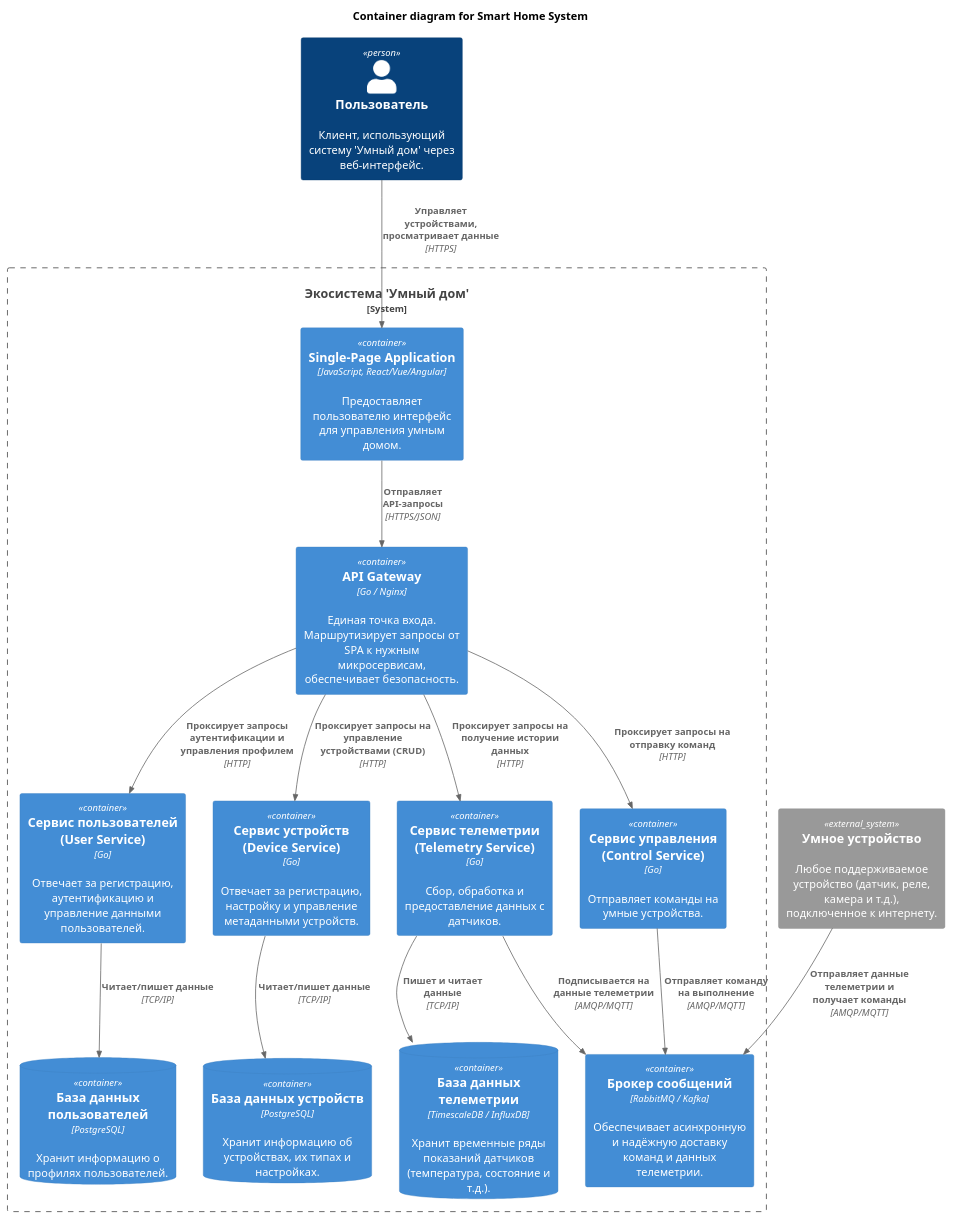
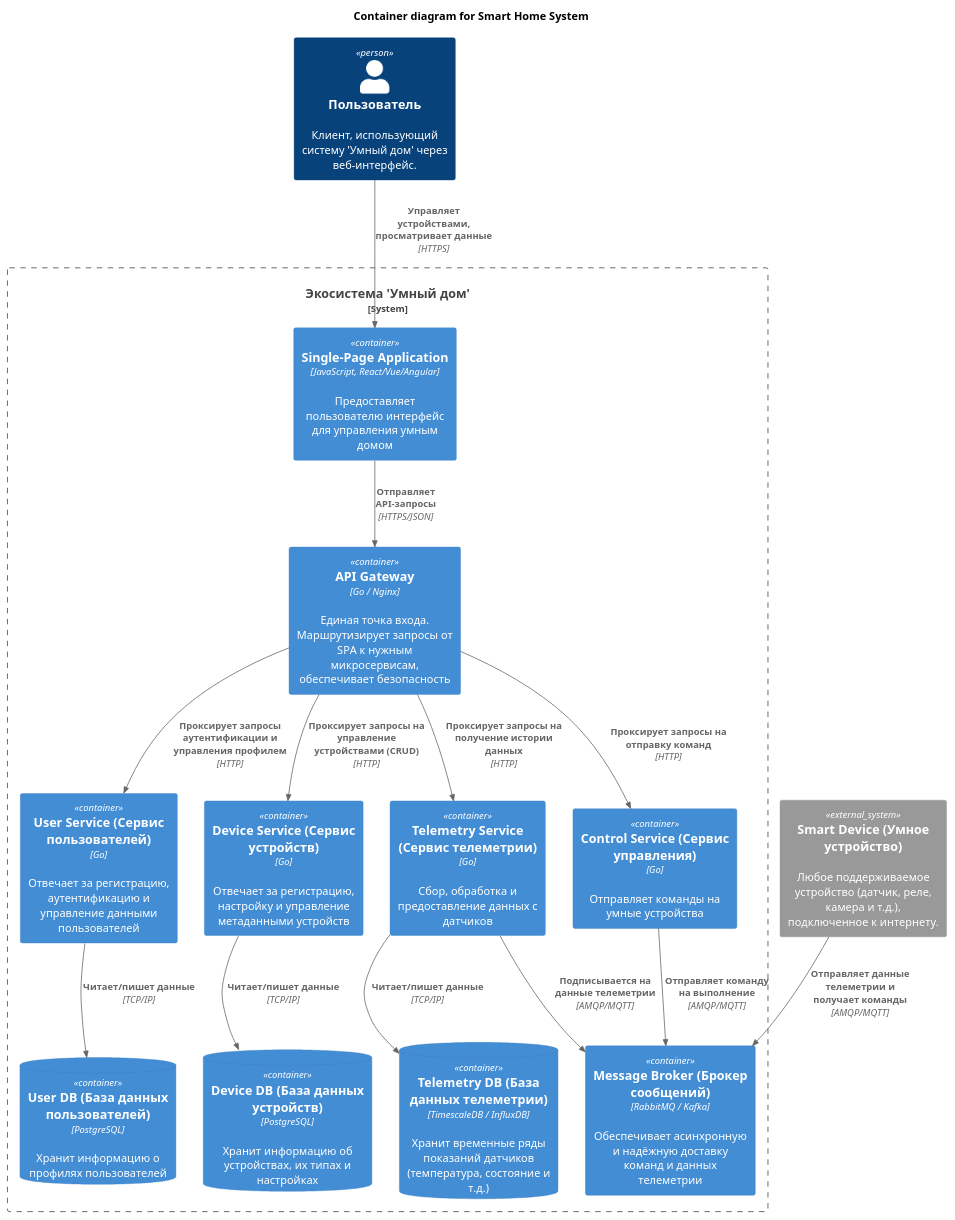
One commit to kotenev/architecture-pro-warmhouse changed the diagram in docs/C4/Container.puml. Above: the diagram before and after it, drawn with PlantUML.

Commit message:
Изменена диаграмма контейнеров

```diff
--- a/docs/C4/Container.puml
+++ b/docs/C4/Container.puml
@@ -1,58 +1,58 @@
 @startuml
 !includeurl https://raw.githubusercontent.com/RicardoNiepel/C4-PlantUML/master/C4_Container.puml
 
 title Container diagram for Smart Home System
 
 ' Определяем действующих лиц и внешние системы
 Person(user, "Пользователь", "Клиент, использующий систему 'Умный дом' через веб-интерфейс.")
-System_Ext(smart_device, "Умное устройство", "Любое поддерживаемое устройство (датчик, реле, камера и т.д.), подключенное к интернету.")
+System_Ext(smart_device, "Smart Device (Умное устройство)", "Любое поддерживаемое устройство (датчик, реле, камера и т.д.), подключенное к интернету.")
 
 ' Определяем границы системы
 System_Boundary(c1, "Экосистема 'Умный дом'") {
 
     ' --- Клиентское приложение ---
-    Container(spa, "Single-Page Application", "JavaScript, React/Vue/Angular", "Предоставляет пользователю интерфейс для управления умным домом.")
+    Container(spa, "Single-Page Application", "JavaScript, React/Vue/Angular", "Предоставляет пользователю интерфейс для управления умным домом")
 
     ' --- Внутренние сервисы (микросервисы) ---
-    Container(api_gateway, "API Gateway", "Go / Nginx", "Единая точка входа. Маршрутизирует запросы от SPA к нужным микросервисам, обеспечивает безопасность.")
+    Container(api_gateway, "API Gateway", "Go / Nginx", "Единая точка входа. Маршрутизирует запросы от SPA к нужным микросервисам, обеспечивает безопасность")
 
-    Container(user_service, "Сервис пользователей (User Service)", "Go", "Отвечает за регистрацию, аутентификацию и управление данными пользователей.")
-    ContainerDb(user_db, "База данных пользователей", "PostgreSQL", "Хранит информацию о профилях пользователей.")
+    Container(user_service, "User Service (Сервис пользователей)", "Go", "Отвечает за регистрацию, аутентификацию и управление данными пользователей")
+    ContainerDb(user_db, "User DB (База данных пользователей)", "PostgreSQL", "Хранит информацию о профилях пользователей")
 
-    Container(device_service, "Сервис устройств (Device Service)", "Go", "Отвечает за регистрацию, настройку и управление метаданными устройств.")
-    ContainerDb(device_db, "База данных устройств", "PostgreSQL", "Хранит информацию об устройствах, их типах и настройках.")
+    Container(device_service, "Device Service (Сервис устройств)", "Go", "Отвечает за регистрацию, настройку и управление метаданными устройств")
+    ContainerDb(device_db, "Device DB (База данных устройств)", "PostgreSQL", "Хранит информацию об устройствах, их типах и настройках")
 
-    Container(telemetry_service, "Сервис телеметрии (Telemetry Service)", "Go", "Сбор, обработка и предоставление данных с датчиков.")
-    ContainerDb(telemetry_db, "База данных телеметрии", "TimescaleDB / InfluxDB", "Хранит временные ряды показаний датчиков (температура, состояние и т.д.).")
+    Container(telemetry_service, "Telemetry Service (Сервис телеметрии)", "Go", "Сбор, обработка и предоставление данных с датчиков")
+    ContainerDb(telemetry_db, "Telemetry DB (База данных телеметрии)", "TimescaleDB / InfluxDB", "Хранит временные ряды показаний датчиков (температура, состояние и т.д.)")
 
-    Container(control_service, "Сервис управления (Control Service)", "Go", "Отправляет команды на умные устройства.")
+    Container(control_service, "Control Service (Сервис управления)", "Go", "Отправляет команды на умные устройства")
 
     ' --- Брокер сообщений для асинхронного взаимодействия ---
-    Container(message_broker, "Брокер сообщений", "RabbitMQ / Kafka", "Обеспечивает асинхронную и надёжную доставку команд и данных телеметрии.")
+    Container(message_broker, "Message Broker (Брокер сообщений)", "RabbitMQ / Kafka", "Обеспечивает асинхронную и надёжную доставку команд и данных телеметрии")
 }
 
 ' --- Определяем связи ---
 
 ' Пользователь и система
 Rel(user, spa, "Управляет устройствами, просматривает данные", "HTTPS")
 Rel(spa, api_gateway, "Отправляет API-запросы", "HTTPS/JSON")
 
 ' API Gateway и внутренние сервисы
 Rel(api_gateway, user_service, "Проксирует запросы аутентификации и управления профилем", "HTTP")
 Rel(api_gateway, device_service, "Проксирует запросы на управление устройствами (CRUD)", "HTTP")
 Rel(api_gateway, telemetry_service, "Проксирует запросы на получение истории данных", "HTTP")
 Rel(api_gateway, control_service, "Проксирует запросы на отправку команд", "HTTP")
 
 ' Связи сервисов с их базами данных
 Rel(user_service, user_db, "Читает/пишет данные", "TCP/IP")
 Rel(device_service, device_db, "Читает/пишет данные", "TCP/IP")
-Rel(telemetry_service, telemetry_db, "Пишет и читает данные", "TCP/IP")
+Rel(telemetry_service, telemetry_db, "Читает/пишет данные", "TCP/IP")
 
 ' Асинхронное взаимодействие через брокер
 Rel(control_service, message_broker, "Отправляет команду на выполнение", "AMQP/MQTT")
 Rel(telemetry_service, message_broker, "Подписывается на данные телеметрии", "AMQP/MQTT")
 
 ' Устройства и система
 Rel(smart_device, message_broker, "Отправляет данные телеметрии и получает команды", "AMQP/MQTT")
 
 @enduml
```
